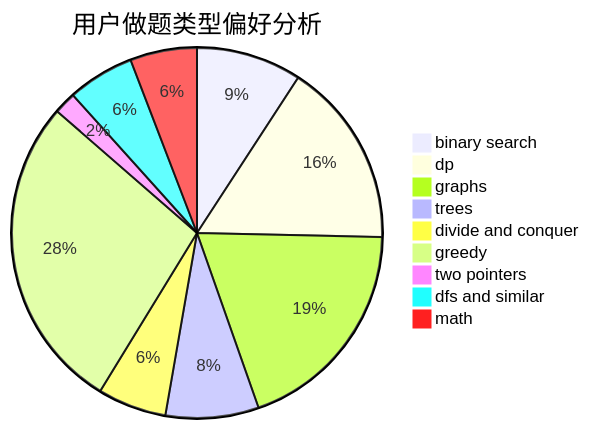
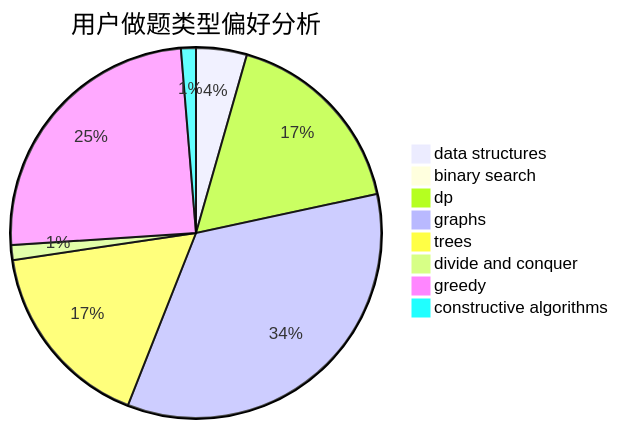
One commit to sherpahu/cfrs.github.io changed the second of 3 diagrams in docs/user/u84.md. Above: the diagram before and after it, drawn with Mermaid. The commit also changed other lines of this file and 2775 other files, not shown here.

````diff
--- a/docs/user/u84.md
+++ b/docs/user/u84.md
@@ -23,12 +23,11 @@
 ```mermaid
 pie title 用户做题类型偏好分析
-    "binary search" :  104
-    "dp" :  183
-    "graphs" :  218
-    "trees" :  92
-    "divide and conquer" :  68
-    "greedy" :  313
-    "two pointers" :  22
-    "dfs and similar" :  66
-    "math" :  66
+    "data structures" :  17
+    "binary search" :  3
+    "dp" :  66
+    "graphs" :  132
+    "trees" :  64
+    "divide and conquer" :  5
+    "greedy" :  95
+    "constructive algorithms" :  5
 ```
````
